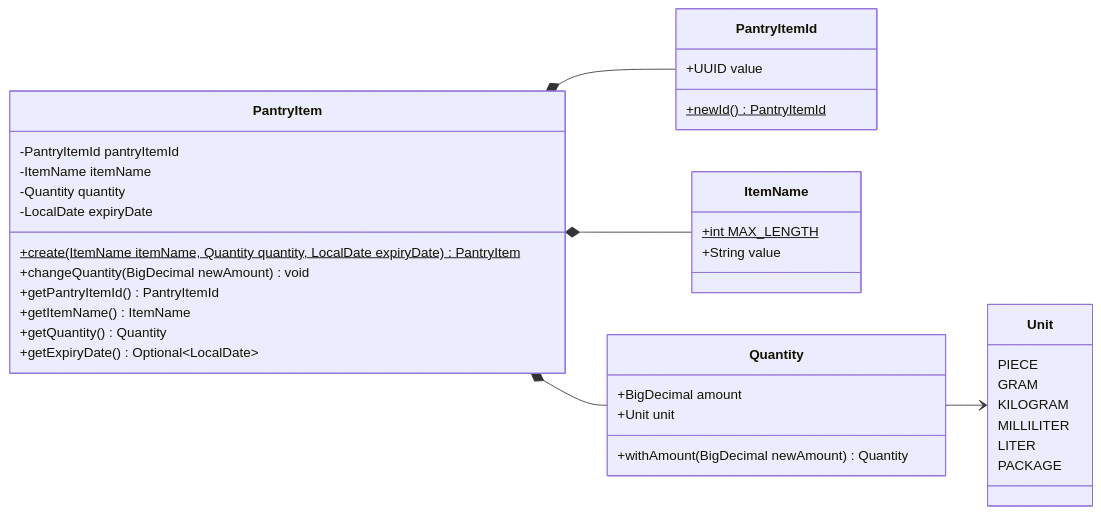
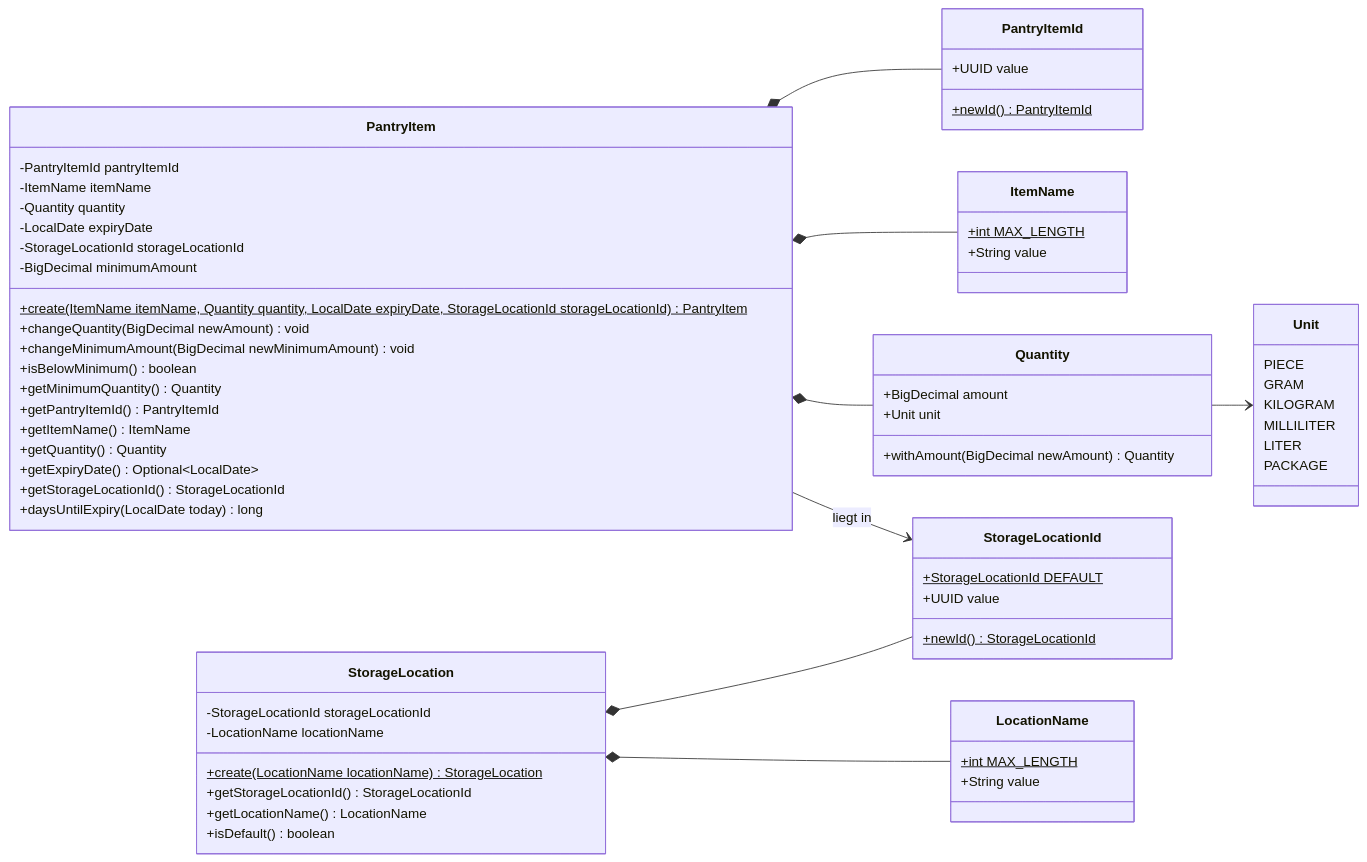
The first of 4 diagrams in docs/DOMAIN_MODEL.md (max-ziel/StorageKeeper), drawn with Mermaid before and after one commit. The commit also changed other lines of this file and 25 other files, not shown here.

First line of the commit message:
M3 (3/3): Add minimum stock and filtered, paged item list

````diff
--- a/docs/DOMAIN_MODEL.md
+++ b/docs/DOMAIN_MODEL.md
@@ -21,47 +21,77 @@
 ```mermaid
 classDiagram
     direction LR
 
     class PantryItem {
         -PantryItemId pantryItemId
         -ItemName itemName
         -Quantity quantity
         -LocalDate expiryDate
-        +create(ItemName itemName, Quantity quantity, LocalDate expiryDate)$ PantryItem
+        -StorageLocationId storageLocationId
+        -BigDecimal minimumAmount
+        +create(ItemName itemName, Quantity quantity, LocalDate expiryDate, StorageLocationId storageLocationId)$ PantryItem
         +changeQuantity(BigDecimal newAmount) void
+        +changeMinimumAmount(BigDecimal newMinimumAmount) void
+        +isBelowMinimum() boolean
+        +getMinimumQuantity() Quantity
         +getPantryItemId() PantryItemId
         +getItemName() ItemName
         +getQuantity() Quantity
         +getExpiryDate() Optional~LocalDate~
+        +getStorageLocationId() StorageLocationId
+        +daysUntilExpiry(LocalDate today) long
     }
 
     class PantryItemId {
         +UUID value
         +newId()$ PantryItemId
     }
 
     class ItemName {
         +int MAX_LENGTH$
         +String value
     }
 
     class Quantity {
         +BigDecimal amount
         +Unit unit
         +withAmount(BigDecimal newAmount) Quantity
     }
 
     class Unit {
         PIECE
         GRAM
         KILOGRAM
         MILLILITER
         LITER
         PACKAGE
     }
 
+    class StorageLocation {
+        -StorageLocationId storageLocationId
+        -LocationName locationName
+        +create(LocationName locationName)$ StorageLocation
+        +getStorageLocationId() StorageLocationId
+        +getLocationName() LocationName
+        +isDefault() boolean
+    }
+
+    class StorageLocationId {
+        +StorageLocationId DEFAULT$
+        +UUID value
+        +newId()$ StorageLocationId
+    }
+
+    class LocationName {
+        +int MAX_LENGTH$
+        +String value
+    }
+
     PantryItem *-- PantryItemId
     PantryItem *-- ItemName
     PantryItem *-- Quantity
     Quantity --> Unit
+    PantryItem --> StorageLocationId : liegt in
+    StorageLocation *-- StorageLocationId
+    StorageLocation *-- LocationName
 ```
````
